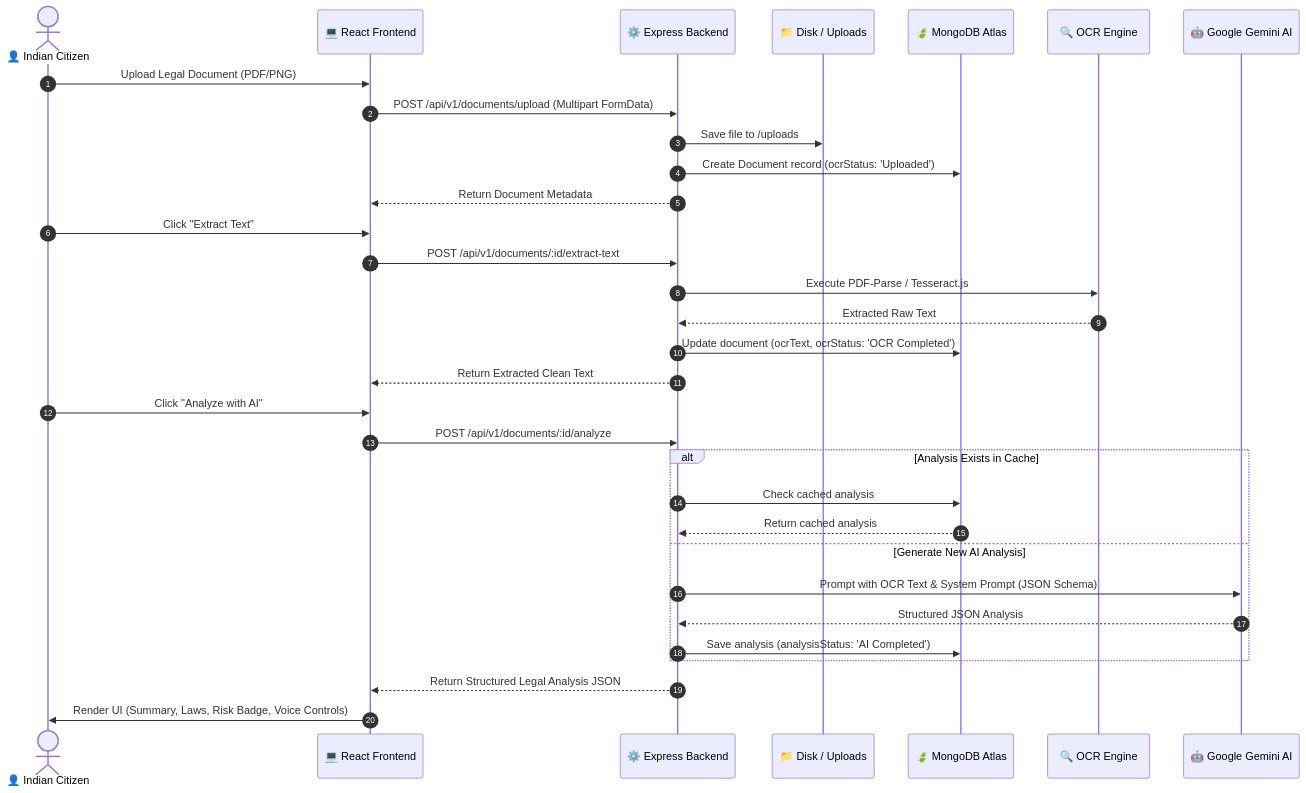
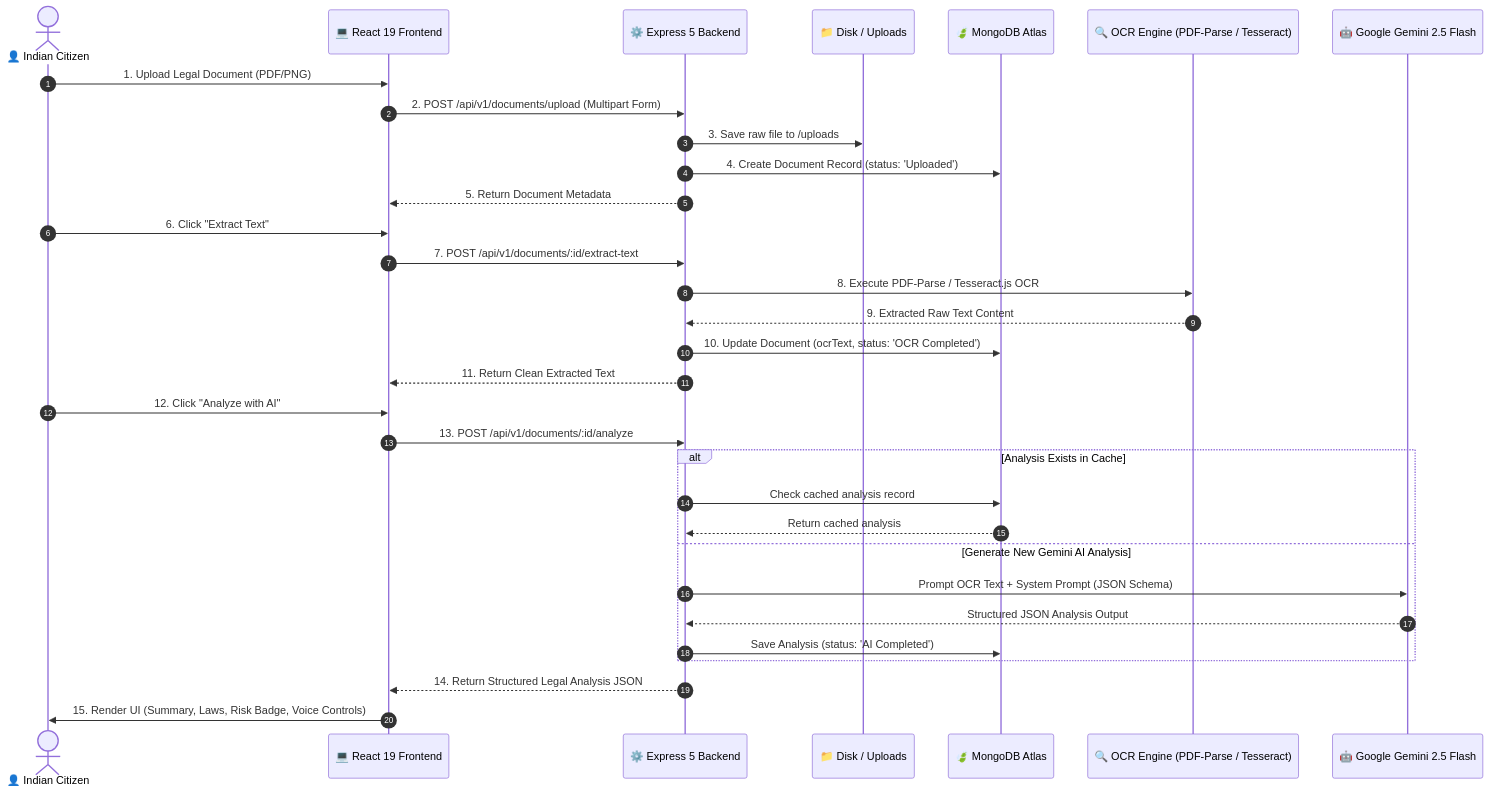
One commit to ggauravky/Kanoon-Mate-HackethonProject changed the diagram in README.md. Above: the diagram before and after it, drawn with Mermaid. The commit also changed other lines of this file, not shown here.

````diff
--- a/README.md
+++ b/README.md
@@ -117,38 +226,38 @@
 ```mermaid
 sequenceDiagram
     autonumber
     actor Citizen as 👤 Indian Citizen
-    participant Client as 💻 React Frontend
-    participant Server as ⚙️ Express Backend
+    participant Client as 💻 React 19 Frontend
+    participant Server as ⚙️ Express 5 Backend
     participant Storage as 📁 Disk / Uploads
     participant DB as 🍃 MongoDB Atlas
-    participant OCR as 🔍 OCR Engine
-    participant Gemini as 🤖 Google Gemini AI
+    participant OCR as 🔍 OCR Engine (PDF-Parse / Tesseract)
+    participant Gemini as 🤖 Google Gemini 2.5 Flash
 
-    Citizen->>Client: Upload Legal Document (PDF/PNG)
-    Client->>Server: POST /api/v1/documents/upload (Multipart FormData)
-    Server->>Storage: Save file to /uploads
-    Server->>DB: Create Document record (ocrStatus: 'Uploaded')
-    Server-->>Client: Return Document Metadata
+    Citizen->>Client: 1. Upload Legal Document (PDF/PNG)
+    Client->>Server: 2. POST /api/v1/documents/upload (Multipart Form)
+    Server->>Storage: 3. Save raw file to /uploads
+    Server->>DB: 4. Create Document Record (status: 'Uploaded')
+    Server-->>Client: 5. Return Document Metadata
 
-    Citizen->>Client: Click "Extract Text"
-    Client->>Server: POST /api/v1/documents/:id/extract-text
-    Server->>OCR: Execute PDF-Parse / Tesseract.js
-    OCR-->>Server: Extracted Raw Text
-    Server->>DB: Update document (ocrText, ocrStatus: 'OCR Completed')
-    Server-->>Client: Return Extracted Clean Text
+    Citizen->>Client: 6. Click "Extract Text"
+    Client->>Server: 7. POST /api/v1/documents/:id/extract-text
+    Server->>OCR: 8. Execute PDF-Parse / Tesseract.js OCR
+    OCR-->>Server: 9. Extracted Raw Text Content
+    Server->>DB: 10. Update Document (ocrText, status: 'OCR Completed')
+    Server-->>Client: 11. Return Clean Extracted Text
 
-    Citizen->>Client: Click "Analyze with AI"
-    Client->>Server: POST /api/v1/documents/:id/analyze
+    Citizen->>Client: 12. Click "Analyze with AI"
+    Client->>Server: 13. POST /api/v1/documents/:id/analyze
     alt Analysis Exists in Cache
-        Server->>DB: Check cached analysis
+        Server->>DB: Check cached analysis record
         DB-->>Server: Return cached analysis
-    else Generate New AI Analysis
-        Server->>Gemini: Prompt with OCR Text & System Prompt (JSON Schema)
-        Gemini-->>Server: Structured JSON Analysis
-        Server->>DB: Save analysis (analysisStatus: 'AI Completed')
+    else Generate New Gemini AI Analysis
+        Server->>Gemini: Prompt OCR Text + System Prompt (JSON Schema)
+        Gemini-->>Server: Structured JSON Analysis Output
+        Server->>DB: Save Analysis (status: 'AI Completed')
     end
-    Server-->>Client: Return Structured Legal Analysis JSON
+    Server-->>Client: 14. Return Structured Legal Analysis JSON
 
-    Client->>Citizen: Render UI (Summary, Laws, Risk Badge, Voice Controls)
+    Client->>Citizen: 15. Render UI (Summary, Laws, Risk Badge, Voice Controls)
 ```
````
